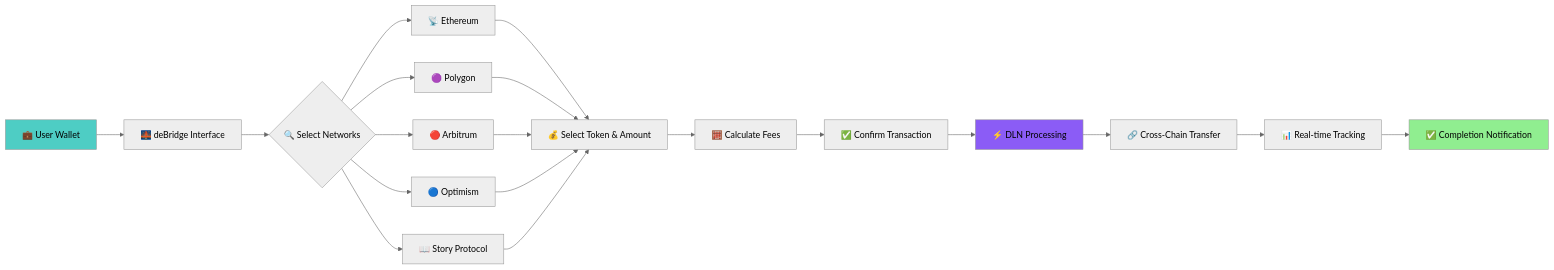
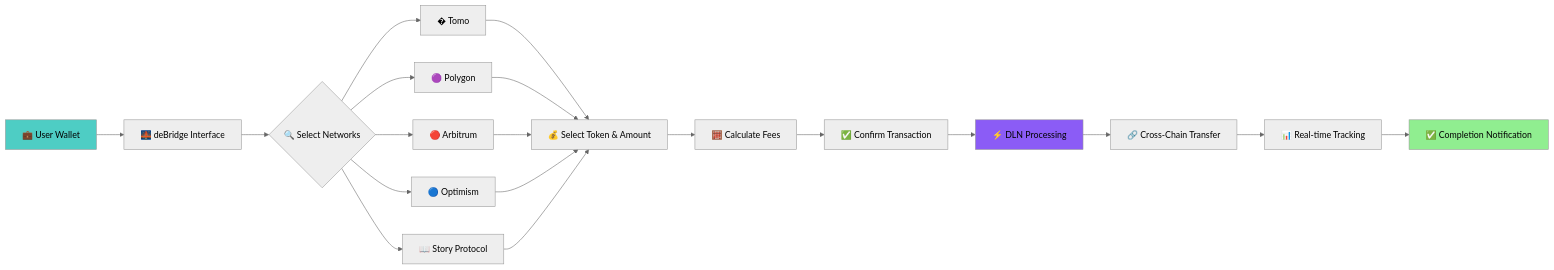
One commit to Spydiecy/Intelli_Ai changed the fourth of 6 diagrams in README.md. Above: the diagram before and after it, drawn with Mermaid (neutral theme). The commit also changed other lines of this file and 5 other files, not shown here.

````diff
--- a/README.md
+++ b/README.md
@@ -227,29 +226,29 @@
 ```mermaid
 graph LR
     A[💼 User Wallet] --> B[🌉 deBridge Interface]
     B --> C{🔍 Select Networks}
     
-    C --> D[📡 Ethereum]
+    C --> D[� Tomo]
     C --> E[🟣 Polygon]
     C --> F[🔴 Arbitrum]
     C --> G[🔵 Optimism]
     C --> H[📖 Story Protocol]
     
     D --> I[💰 Select Token & Amount]
     E --> I
     F --> I
     G --> I
     H --> I
     
     I --> J[🧮 Calculate Fees]
     J --> K[✅ Confirm Transaction]
     K --> L[⚡ DLN Processing]
     
     L --> M[🔗 Cross-Chain Transfer]
     M --> N[📊 Real-time Tracking]
     N --> O[✅ Completion Notification]
     
     style A fill:#4ECDC4
     style L fill:#8B5CF6
     style O fill:#90EE90
 ```
````
